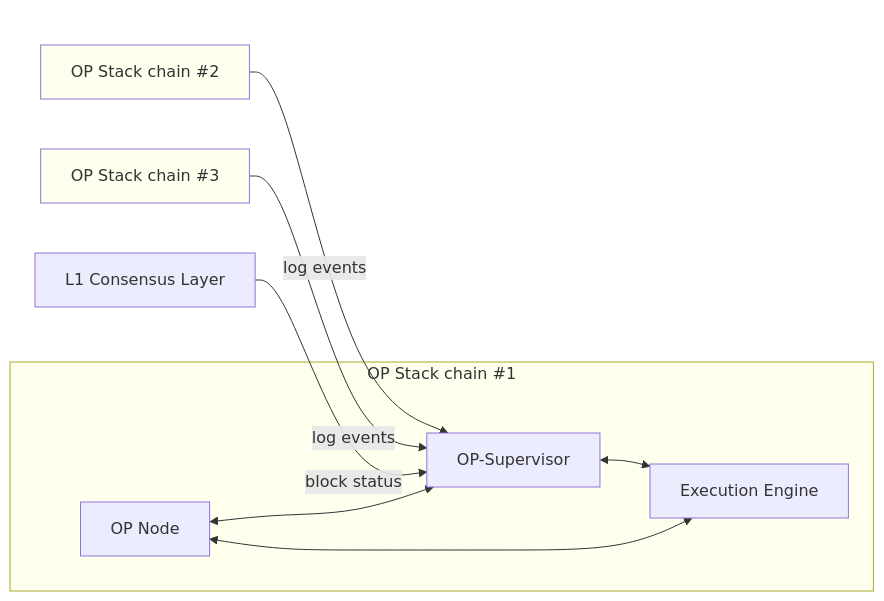
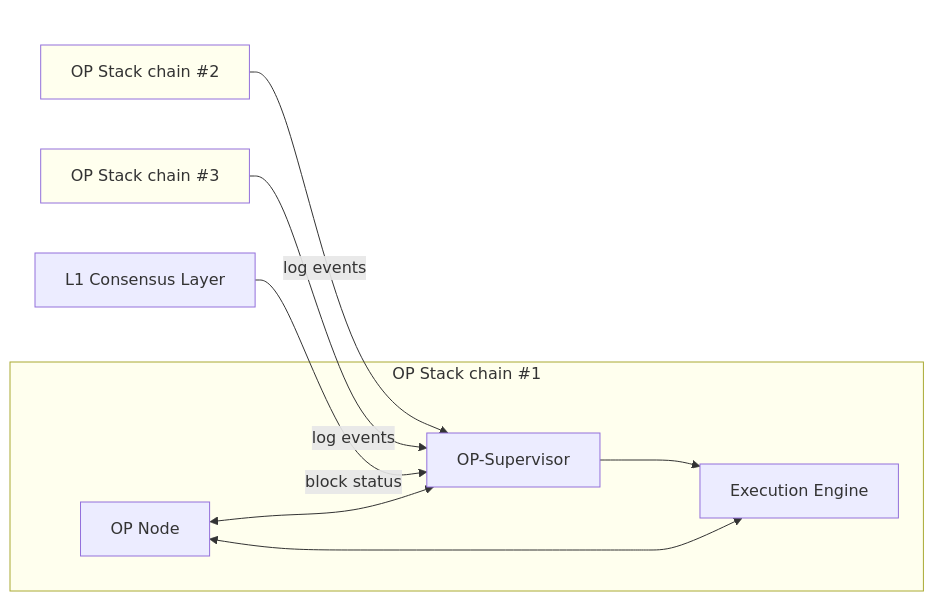
One commit to ethereum-optimism/docs changed the first of 6 diagrams in pages/stack/interop/explainer.mdx. Above: the diagram before and after it, drawn with Mermaid. The commit also changed other lines of this file, not shown here.

Commit message:
Minor explainer updates

````diff
--- a/pages/stack/interop/explainer.mdx
+++ b/pages/stack/interop/explainer.mdx
@@ -37,26 +37,26 @@
 ```mermaid
 
 graph LR
 
   classDef chain fill:#FFE
   classDef transparent fill:none, stroke:none
   
   subgraph chain1[OP Stack chain #1]
     node1[OP Node]
     super1[OP-Supervisor]
     geth1[Execution Engine]
-    node1<-->super1<-->geth1<-->node1
+    node1<-->super1--->geth1<-->node1
   end
   subgraph X[ ]
     chain2[OP Stack chain #2]
     chain3[OP Stack chain #3]
     l1node[L1 Consensus Layer]
   end
 
   chain2-->|log events|super1
   chain3-->|log events|super1
   l1node-->|block status|super1
 
   class chain1,chain2,chain3 chain
   class X transparent
 ```
````
